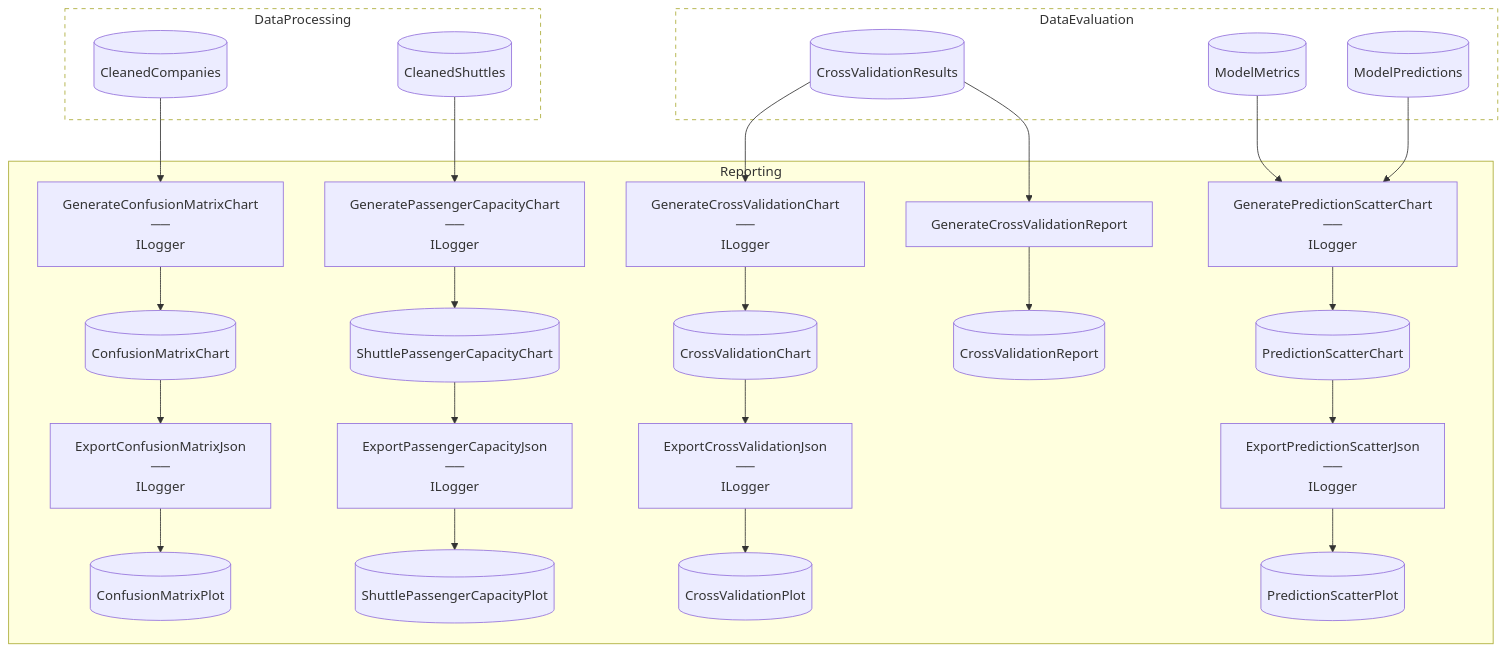
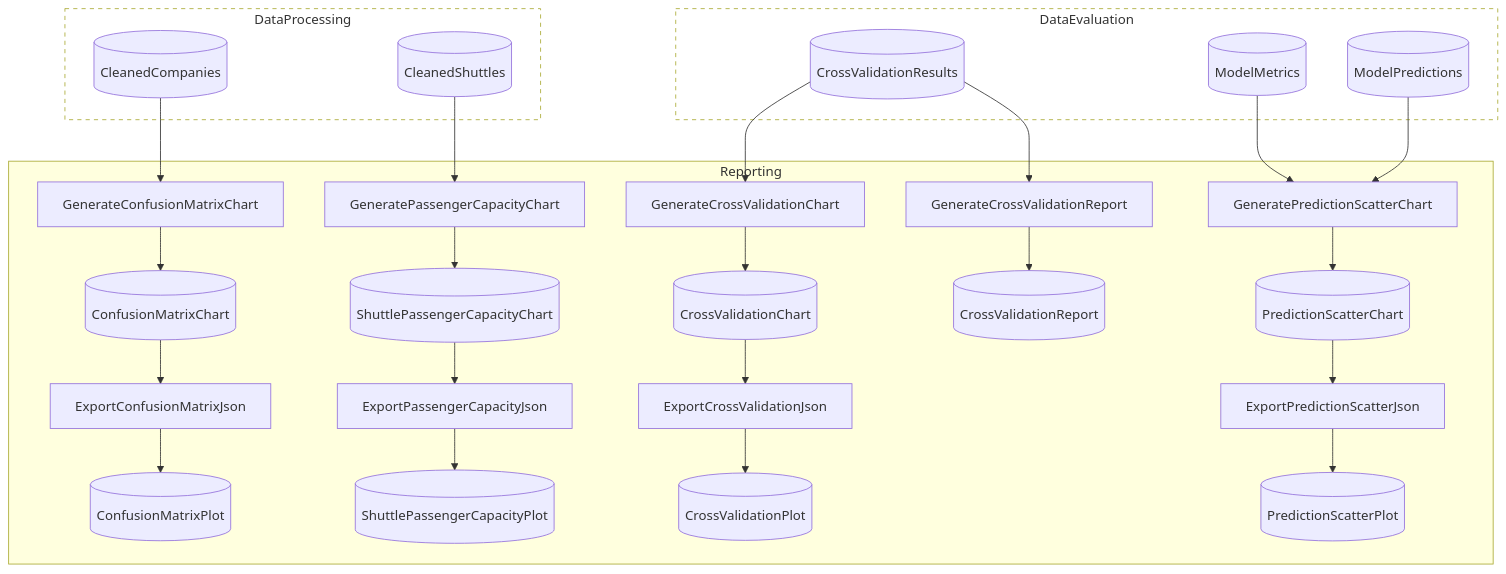
The fifth of 5 diagrams in examples/advanced/SpaceflightsEnhanced/README.md (chaoticgoodcomputing/flowthru), drawn with Mermaid before and after one commit. The commit also changed other lines of this file and 18 other files, not shown here.

````diff
--- a/examples/advanced/SpaceflightsEnhanced/README.md
+++ b/examples/advanced/SpaceflightsEnhanced/README.md
@@ -251,59 +251,59 @@
 ```mermaid
 flowchart TB
 
     subgraph DataEvaluation_us["DataEvaluation"]
         CrossValidationResults[("CrossValidationResults")]
         ModelMetrics[("ModelMetrics")]
         ModelPredictions[("ModelPredictions")]
     end
 
     subgraph DataProcessing_us["DataProcessing"]
         CleanedCompanies[("CleanedCompanies")]
         CleanedShuttles[("CleanedShuttles")]
     end
 
     subgraph Reporting["Reporting"]
-        GenerateConfusionMatrixChart["GenerateConfusionMatrixChart<br>──<br>ILogger"]
+        GenerateConfusionMatrixChart["GenerateConfusionMatrixChart"]
         ConfusionMatrixChart[("ConfusionMatrixChart")]
-        GeneratePassengerCapacityChart["GeneratePassengerCapacityChart<br>──<br>ILogger"]
+        GeneratePassengerCapacityChart["GeneratePassengerCapacityChart"]
         ShuttlePassengerCapacityChart[("ShuttlePassengerCapacityChart")]
-        ExportConfusionMatrixJson["ExportConfusionMatrixJson<br>──<br>ILogger"]
+        ExportConfusionMatrixJson["ExportConfusionMatrixJson"]
         ConfusionMatrixPlot[("ConfusionMatrixPlot")]
-        ExportPassengerCapacityJson["ExportPassengerCapacityJson<br>──<br>ILogger"]
+        ExportPassengerCapacityJson["ExportPassengerCapacityJson"]
         ShuttlePassengerCapacityPlot[("ShuttlePassengerCapacityPlot")]
-        GenerateCrossValidationChart["GenerateCrossValidationChart<br>──<br>ILogger"]
+        GenerateCrossValidationChart["GenerateCrossValidationChart"]
         CrossValidationChart[("CrossValidationChart")]
         GenerateCrossValidationReport["GenerateCrossValidationReport"]
         CrossValidationReport[("CrossValidationReport")]
-        ExportCrossValidationJson["ExportCrossValidationJson<br>──<br>ILogger"]
+        ExportCrossValidationJson["ExportCrossValidationJson"]
         CrossValidationPlot[("CrossValidationPlot")]
-        GeneratePredictionScatterChart["GeneratePredictionScatterChart<br>──<br>ILogger"]
+        GeneratePredictionScatterChart["GeneratePredictionScatterChart"]
         PredictionScatterChart[("PredictionScatterChart")]
-        ExportPredictionScatterJson["ExportPredictionScatterJson<br>──<br>ILogger"]
+        ExportPredictionScatterJson["ExportPredictionScatterJson"]
         PredictionScatterPlot[("PredictionScatterPlot")]
     end
 
     %% Edges
     CleanedCompanies --> GenerateConfusionMatrixChart
     GenerateConfusionMatrixChart --> ConfusionMatrixChart
     CleanedShuttles --> GeneratePassengerCapacityChart
     GeneratePassengerCapacityChart --> ShuttlePassengerCapacityChart
     ConfusionMatrixChart --> ExportConfusionMatrixJson
     ExportConfusionMatrixJson --> ConfusionMatrixPlot
     ShuttlePassengerCapacityChart --> ExportPassengerCapacityJson
     ExportPassengerCapacityJson --> ShuttlePassengerCapacityPlot
     CrossValidationResults --> GenerateCrossValidationChart
     GenerateCrossValidationChart --> CrossValidationChart
     CrossValidationResults --> GenerateCrossValidationReport
     GenerateCrossValidationReport --> CrossValidationReport
     CrossValidationChart --> ExportCrossValidationJson
     ExportCrossValidationJson --> CrossValidationPlot
     ModelMetrics --> GeneratePredictionScatterChart
     ModelPredictions --> GeneratePredictionScatterChart
     GeneratePredictionScatterChart --> PredictionScatterChart
     PredictionScatterChart --> ExportPredictionScatterJson
     ExportPredictionScatterJson --> PredictionScatterPlot
 
     classDef collapsed stroke-dasharray:5 5,fill:transparent
     class DataEvaluation_us,DataProcessing_us collapsed
 ```
````
